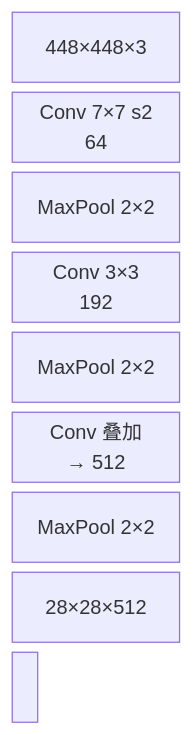
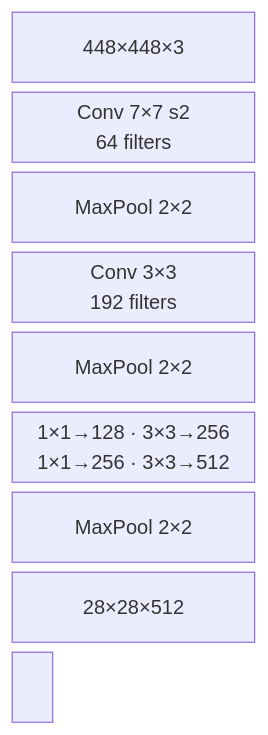
The first of 4 diagrams in docs/versions/v1/architecture.md (yejinlei/agent-yolo), drawn with Mermaid before and after one commit. The commit also changed other lines of this file and 6 other files, not shown here.

First line of the commit message:
根治 mermaid 节点文字被裁（CSS 行高泄漏）+ 修复 8 张完全不渲染的图

````diff
--- a/docs/versions/v1/architecture.md
+++ b/docs/versions/v1/architecture.md
@@ -80,14 +80,14 @@
 ```mermaid
 block-beta
     columns 5
     img["448×448×3"]:5
-    conv1["Conv 7×7 s2<br/>64"]:5
+    conv1["Conv 7×7 s2<br/>64 filters"]:5
     pool1["MaxPool 2×2"]:5
-    conv2["Conv 3×3<br/>192"]:5
+    conv2["Conv 3×3<br/>192 filters"]:5
     pool2["MaxPool 2×2"]:5
-    conv3["Conv 叠加<br/>→ 512"]:5
+    conv3["1×1→128 · 3×3→256<br/>1×1→256 · 3×3→512"]:5
     pool3["MaxPool 2×2"]:5
     out["28×28×512"]:5
 
     img --> conv1 --> pool1 --> conv2 --> pool2 --> conv3 --> pool3 --> out
 ```
````
